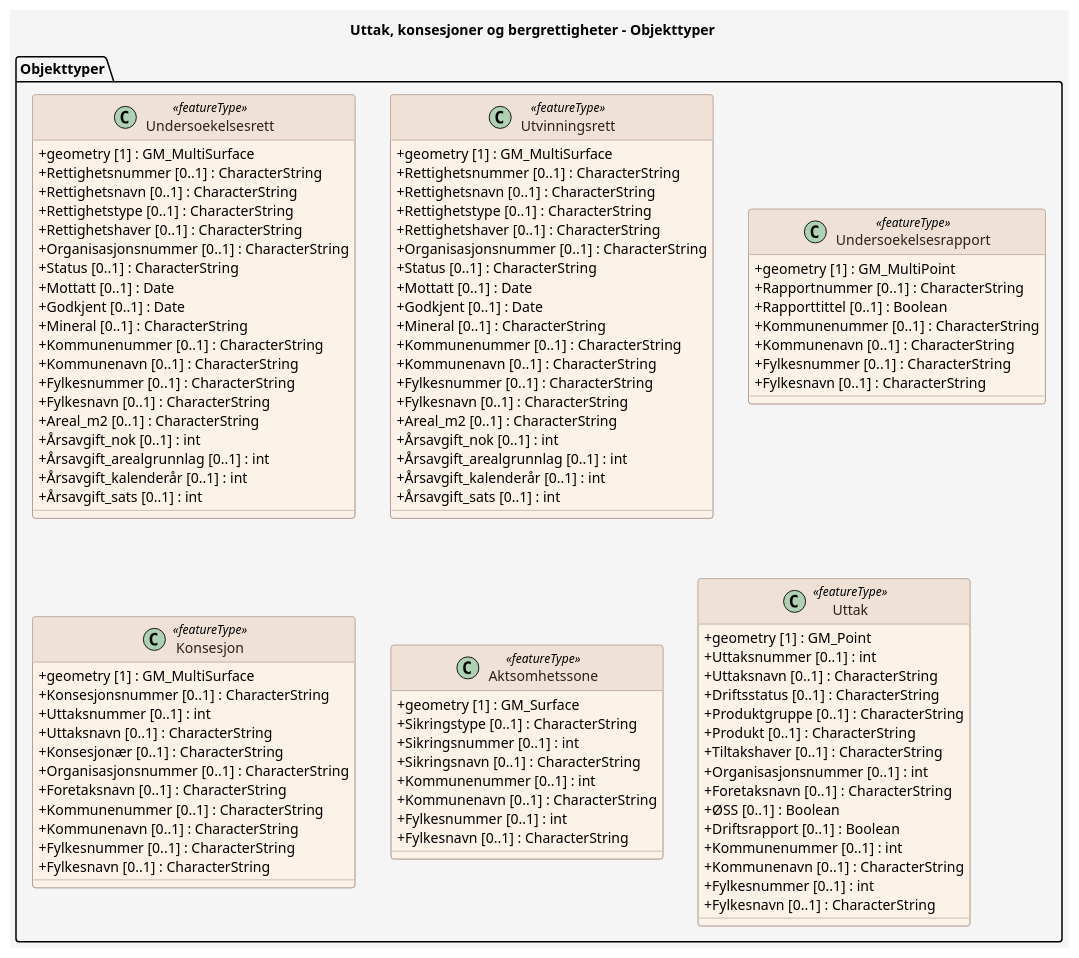
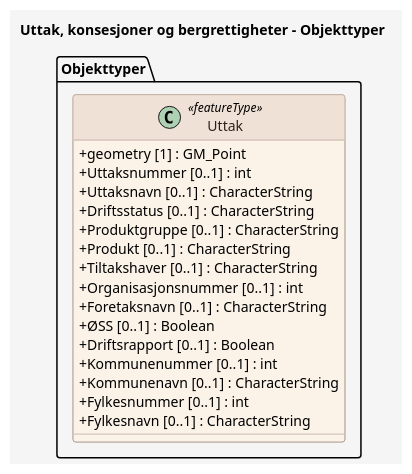
Before and after one commit to Arkitektum/produktspesifikasjon_dirmin: the diagram in produktspesifikasjon/uttak/uttak_feature_catalogue.puml, drawn with PlantUML. The commit also changed 4 other files, not shown here.

```diff
--- a/produktspesifikasjon/uttak/uttak_feature_catalogue.puml
+++ b/produktspesifikasjon/uttak/uttak_feature_catalogue.puml
@@ -1,125 +1,46 @@
 @startuml
 title Uttak, konsesjoner og bergrettigheter - Objekttyper
 
 skinparam backgroundColor #F5F5F5
 skinparam shadowing false
 skinparam RoundCorner 6
 skinparam ArrowColor #6C8198
 skinparam class {
   BackgroundColor #FBF2E8
   BorderColor #9C8578
   FontColor #2D201A
   HeaderBackgroundColor #EFE1D6
   HeaderFontColor #2D201A
   AttributeIconSize 0
 }
 skinparam note {
   BackgroundColor #FFFFFF
   BorderColor #6C8198
   FontColor #2D201A
 }
 skinparam stereotypeCBackgroundColor #EAD9CE
 skinparam stereotypeCBorderColor #9C8578
 skinparam stereotypeCFontColor #2D201A
 
 package "Objekttyper" {
 
-  class Undersoekelsesrett <<featureType>> {
-    + geometry [1] : GM_MultiSurface
-    + Rettighetsnummer [0..1] : CharacterString
-    + Rettighetsnavn [0..1] : CharacterString
-    + Rettighetstype [0..1] : CharacterString
-    + Rettighetshaver [0..1] : CharacterString
-    + Organisasjonsnummer [0..1] : CharacterString
-    + Status [0..1] : CharacterString
-    + Mottatt [0..1] : Date
-    + Godkjent [0..1] : Date
-    + Mineral [0..1] : CharacterString
-    + Kommunenummer [0..1] : CharacterString
-    + Kommunenavn [0..1] : CharacterString
-    + Fylkesnummer [0..1] : CharacterString
-    + Fylkesnavn [0..1] : CharacterString
-    + Areal_m2 [0..1] : CharacterString
-    + Årsavgift_nok [0..1] : int
-    + Årsavgift_arealgrunnlag [0..1] : int
-    + Årsavgift_kalenderår [0..1] : int
-    + Årsavgift_sats [0..1] : int
-  }
-
-  class Utvinningsrett <<featureType>> {
-    + geometry [1] : GM_MultiSurface
-    + Rettighetsnummer [0..1] : CharacterString
-    + Rettighetsnavn [0..1] : CharacterString
-    + Rettighetstype [0..1] : CharacterString
-    + Rettighetshaver [0..1] : CharacterString
-    + Organisasjonsnummer [0..1] : CharacterString
-    + Status [0..1] : CharacterString
-    + Mottatt [0..1] : Date
-    + Godkjent [0..1] : Date
-    + Mineral [0..1] : CharacterString
-    + Kommunenummer [0..1] : CharacterString
-    + Kommunenavn [0..1] : CharacterString
-    + Fylkesnummer [0..1] : CharacterString
-    + Fylkesnavn [0..1] : CharacterString
-    + Areal_m2 [0..1] : CharacterString
-    + Årsavgift_nok [0..1] : int
-    + Årsavgift_arealgrunnlag [0..1] : int
-    + Årsavgift_kalenderår [0..1] : int
-    + Årsavgift_sats [0..1] : int
-  }
-
-  class Undersoekelsesrapport <<featureType>> {
-    + geometry [1] : GM_MultiPoint
-    + Rapportnummer [0..1] : CharacterString
-    + Rapporttittel [0..1] : Boolean
-    + Kommunenummer [0..1] : CharacterString
-    + Kommunenavn [0..1] : CharacterString
-    + Fylkesnummer [0..1] : CharacterString
-    + Fylkesnavn [0..1] : CharacterString
-  }
-
-  class Konsesjon <<featureType>> {
-    + geometry [1] : GM_MultiSurface
-    + Konsesjonsnummer [0..1] : CharacterString
-    + Uttaksnummer [0..1] : int
-    + Uttaksnavn [0..1] : CharacterString
-    + Konsesjonær [0..1] : CharacterString
-    + Organisasjonsnummer [0..1] : CharacterString
-    + Foretaksnavn [0..1] : CharacterString
-    + Kommunenummer [0..1] : CharacterString
-    + Kommunenavn [0..1] : CharacterString
-    + Fylkesnummer [0..1] : CharacterString
-    + Fylkesnavn [0..1] : CharacterString
-  }
-
-  class Aktsomhetssone <<featureType>> {
-    + geometry [1] : GM_Surface
-    + Sikringstype [0..1] : CharacterString
-    + Sikringsnummer [0..1] : int
-    + Sikringsnavn [0..1] : CharacterString
-    + Kommunenummer [0..1] : int
-    + Kommunenavn [0..1] : CharacterString
-    + Fylkesnummer [0..1] : int
-    + Fylkesnavn [0..1] : CharacterString
-  }
-
   class Uttak <<featureType>> {
     + geometry [1] : GM_Point
     + Uttaksnummer [0..1] : int
     + Uttaksnavn [0..1] : CharacterString
     + Driftsstatus [0..1] : CharacterString
     + Produktgruppe [0..1] : CharacterString
     + Produkt [0..1] : CharacterString
     + Tiltakshaver [0..1] : CharacterString
     + Organisasjonsnummer [0..1] : int
     + Foretaksnavn [0..1] : CharacterString
     + ØSS [0..1] : Boolean
     + Driftsrapport [0..1] : Boolean
     + Kommunenummer [0..1] : int
     + Kommunenavn [0..1] : CharacterString
     + Fylkesnummer [0..1] : int
     + Fylkesnavn [0..1] : CharacterString
   }
 }
 
 @enduml
```
